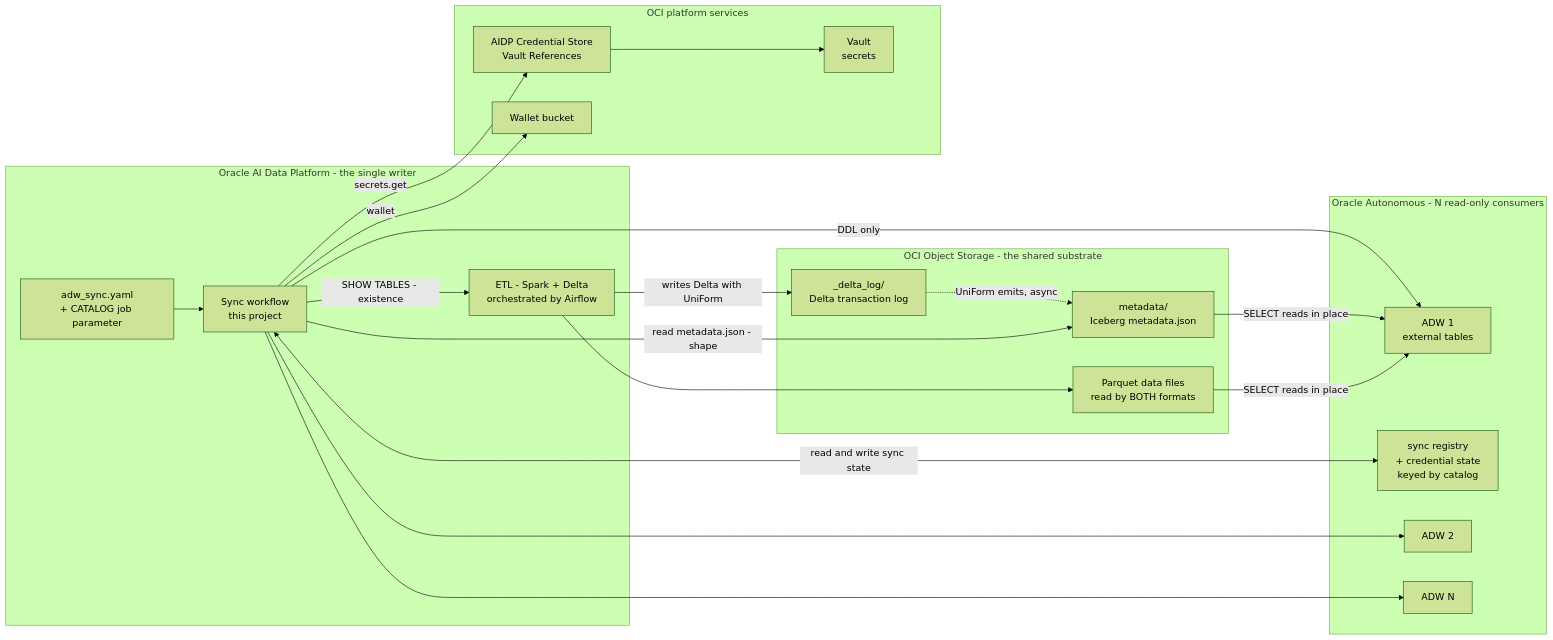
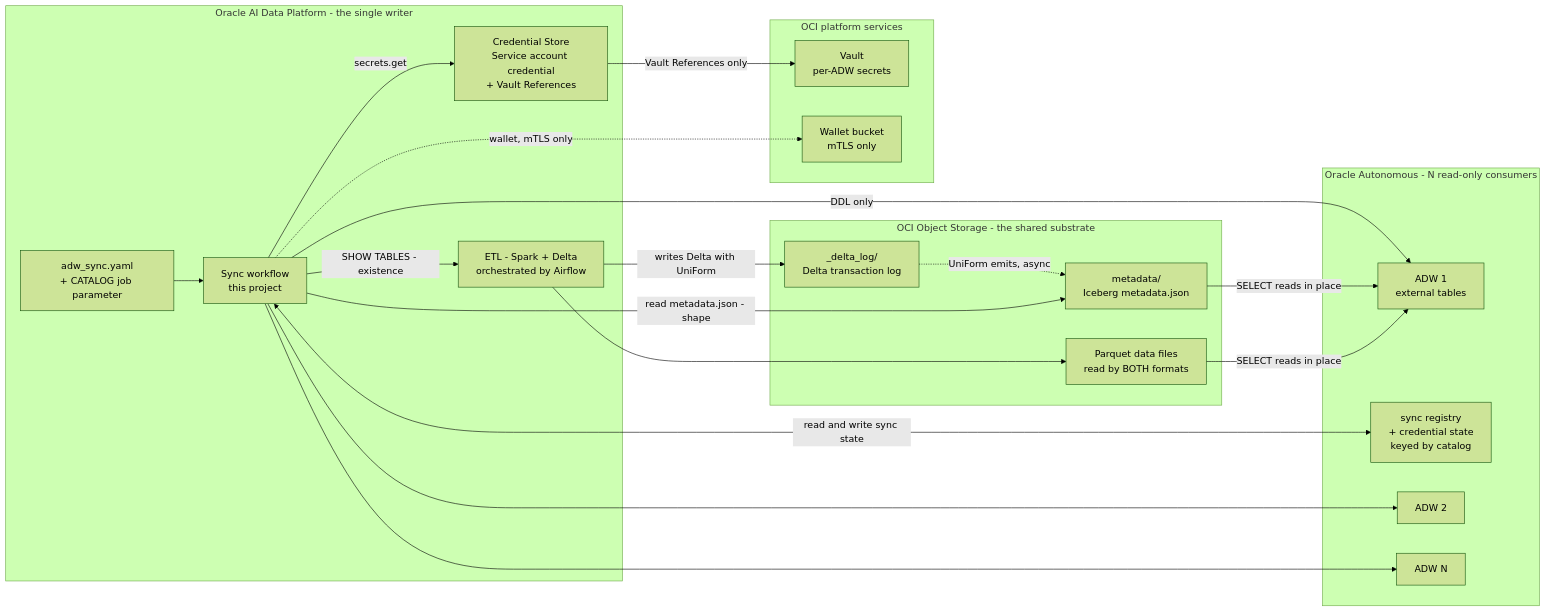
One commit to lucas-de-almeida-reis/oracle-aidp-samples changed the first of 3 diagrams in data-engineering/adw-iceberg-external-table-sync/ARCHITECTURE.md. Above: the diagram before and after it, drawn with Mermaid (forest theme). The commit also changed other lines of this file and 6 other files, not shown here.

First line of the commit message:
Document the two connection modes, the credential stores and rotation for the ADW sync sample

````diff
--- a/data-engineering/adw-iceberg-external-table-sync/ARCHITECTURE.md
+++ b/data-engineering/adw-iceberg-external-table-sync/ARCHITECTURE.md
@@ -88,45 +92,45 @@
 ```mermaid
 flowchart LR
     subgraph AIDP["Oracle AI Data Platform - the single writer"]
         ETL["ETL - Spark + Delta<br/>orchestrated by Airflow"]
         NB["Sync workflow<br/>this project"]
         CFG["adw_sync.yaml<br/>+ CATALOG job parameter"]
+        CS["Credential Store<br/>Service account credential<br/>+ Vault References"]
     end
 
     subgraph OS["OCI Object Storage - the shared substrate"]
         DELTA["_delta_log/<br/>Delta transaction log"]
         ICE["metadata/<br/>Iceberg metadata.json"]
         PARQ["Parquet data files<br/>read by BOTH formats"]
     end
 
     subgraph OCI["OCI platform services"]
-        VAULT["Vault<br/>secrets"]
-        CS["AIDP Credential Store<br/>Vault References"]
-        WB["Wallet bucket"]
+        VAULT["Vault<br/>per-ADW secrets"]
+        WB["Wallet bucket<br/>mTLS only"]
     end
 
     subgraph ADWS["Oracle Autonomous - N read-only consumers"]
         A1["ADW 1<br/>external tables"]
         REG["sync registry<br/>+ credential state<br/>keyed by catalog"]
         A2["ADW 2"]
         AN["ADW N"]
     end
 
     ETL -->|"writes Delta with UniForm"| DELTA
     ETL --> PARQ
     DELTA -.->|"UniForm emits, async"| ICE
 
     NB -->|"SHOW TABLES - existence"| ETL
     NB -->|"read metadata.json - shape"| ICE
-    CS --> VAULT
+    CS -->|"Vault References only"| VAULT
     NB -->|"secrets.get"| CS
-    NB -->|"wallet"| WB
+    NB -.->|"wallet, mTLS only"| WB
     CFG --> NB
     NB -->|"DDL only"| A1
     NB <-->|"read and write sync state"| REG
     NB --> A2
     NB --> AN
 
     ICE -->|"SELECT reads in place"| A1
     PARQ -->|"SELECT reads in place"| A1
 ```
````
